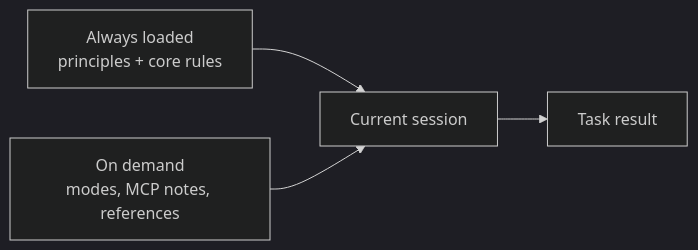
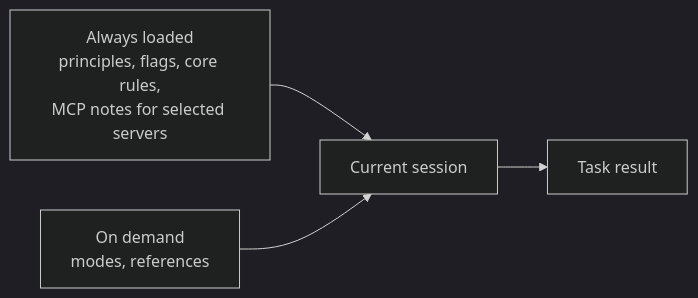
One commit to khoavu882/do-flow changed the fifth of 5 diagrams in docs/index.md. Above: the diagram before and after it, drawn with Mermaid (dark theme). The commit also changed 6 other files, not shown here.

````diff
--- a/docs/index.md
+++ b/docs/index.md
@@ -93,6 +93,6 @@
 ```mermaid
 flowchart LR
-    Always[Always loaded\nprinciples + core rules] --> Session[Current session]
-    OnDemand[On demand\nmodes, MCP notes, references] --> Session
+    Always[Always loaded\nprinciples, flags, core rules,\nMCP notes for selected servers] --> Session[Current session]
+    OnDemand[On demand\nmodes, references] --> Session
     Session --> Output[Task result]
 ```
````
